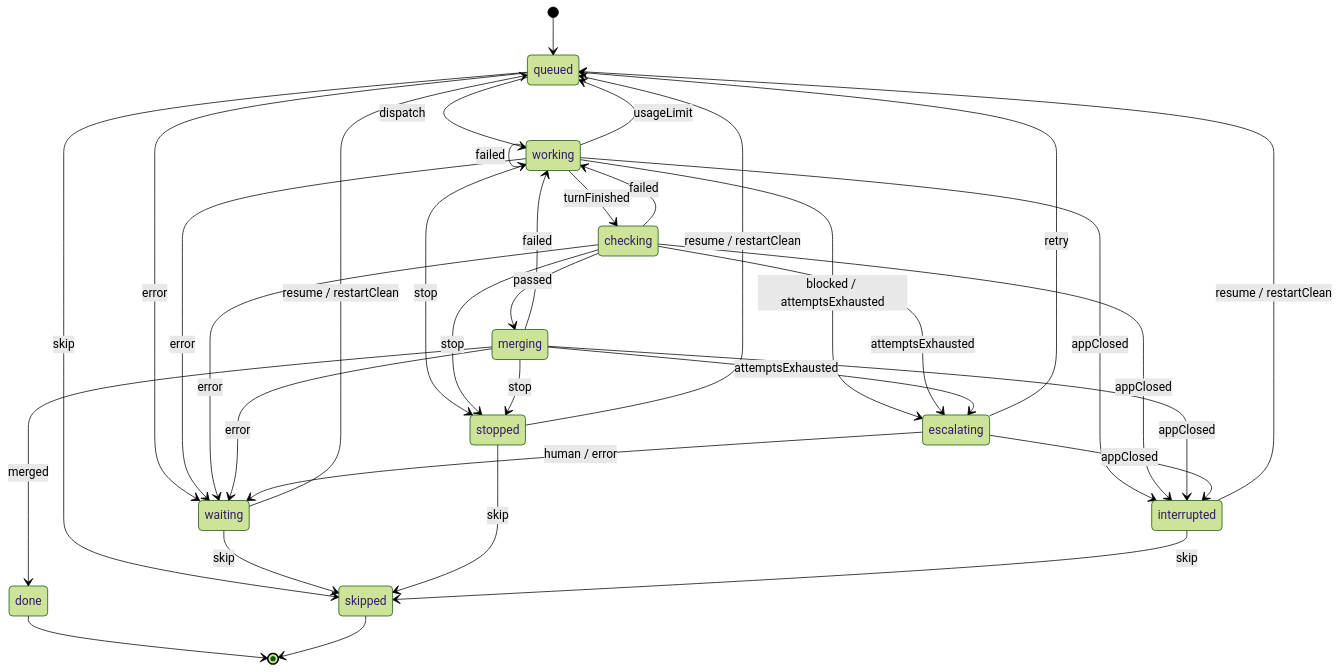
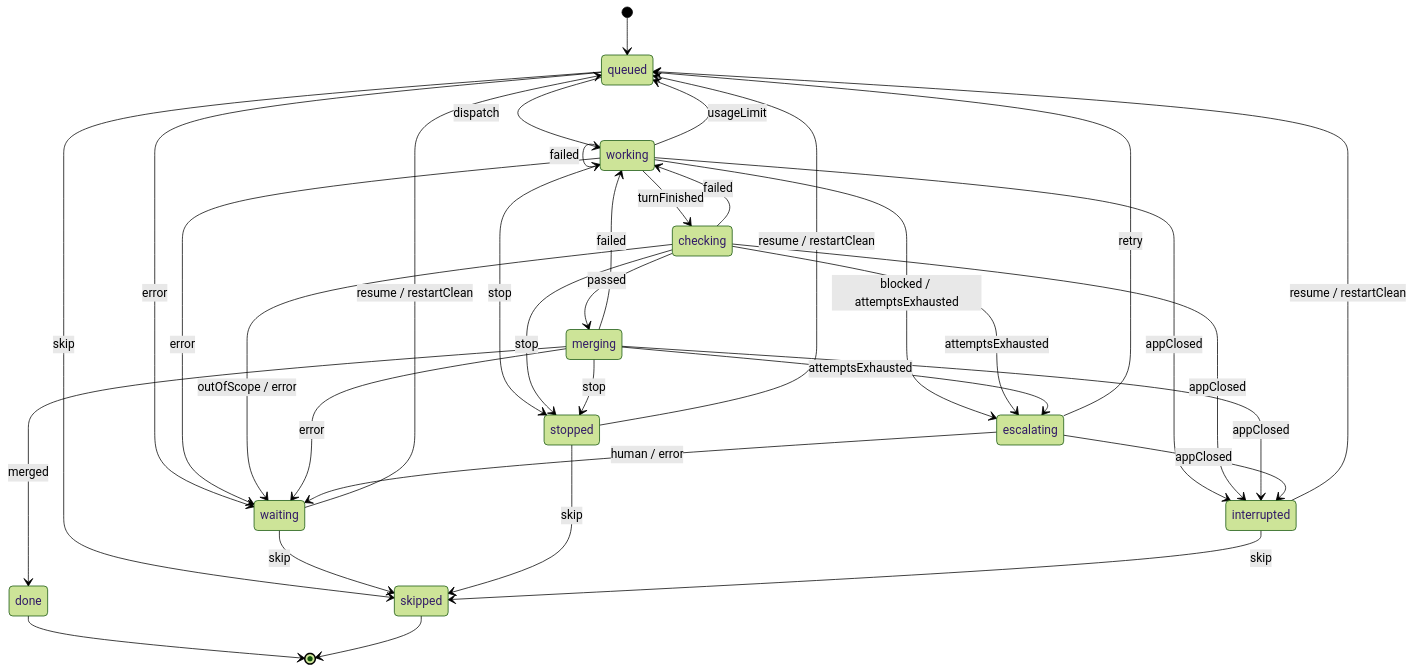
Before and after one commit to kehuydietlatoi/harnessOrch: the third of 3 diagrams in docs/architecture.md, drawn with Mermaid (forest theme). The commit also changed other lines of this file and 22 other files, not shown here.

````diff
--- a/docs/architecture.md
+++ b/docs/architecture.md
@@ -128,37 +129,37 @@
 ```mermaid
 stateDiagram-v2
   [*] --> queued
   queued --> working: dispatch
   queued --> skipped: skip
   queued --> waiting: error
   working --> checking: turnFinished
   working --> working: failed
   working --> escalating: blocked / attemptsExhausted
   working --> queued: usageLimit
   working --> stopped: stop
   working --> interrupted: appClosed
   working --> waiting: error
   checking --> merging: passed
   checking --> working: failed
   checking --> escalating: attemptsExhausted
   checking --> stopped: stop
   checking --> interrupted: appClosed
-  checking --> waiting: error
+  checking --> waiting: outOfScope / error
   merging --> done: merged
   merging --> working: failed
   merging --> escalating: attemptsExhausted
   merging --> stopped: stop
   merging --> interrupted: appClosed
   merging --> waiting: error
   escalating --> queued: retry
   escalating --> waiting: human / error
   escalating --> interrupted: appClosed
   waiting --> queued: resume / restartClean
   waiting --> skipped: skip
   stopped --> queued: resume / restartClean
   stopped --> skipped: skip
   interrupted --> queued: resume / restartClean
   interrupted --> skipped: skip
   done --> [*]
   skipped --> [*]
 ```
````
